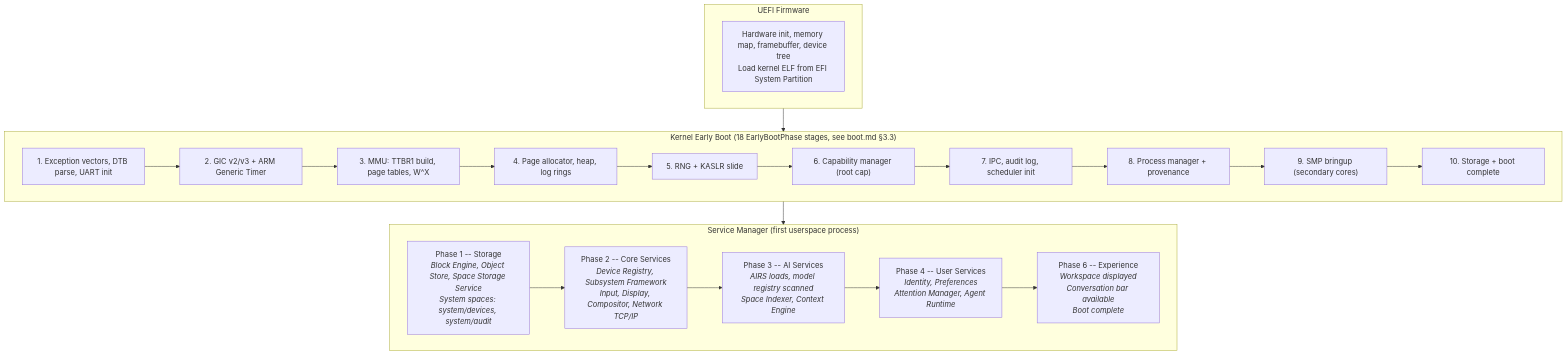
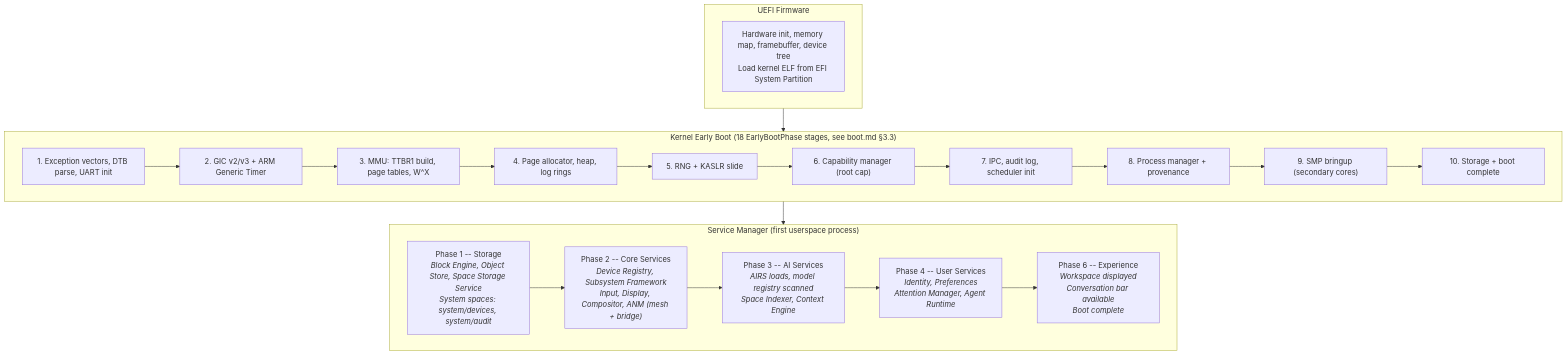
One commit to juslee/aios changed the seventh of 7 diagrams in docs/project/architecture.md. Above: the diagram before and after it, drawn with Mermaid. The commit also changed other lines of this file and 74 other files, not shown here.

First line of the commit message:
ANM: AI Network Model — replace OSI with mesh-native networking (#139)

````diff
--- a/docs/project/architecture.md
+++ b/docs/project/architecture.md
@@ -1403,45 +1410,45 @@
 ```mermaid
 flowchart TD
     subgraph UEFI["UEFI Firmware"]
         FW["`Hardware init, memory map, framebuffer, device tree
 Load kernel ELF from EFI System Partition`"]
     end
 
     subgraph KBOOT["Kernel Early Boot (18 EarlyBootPhase stages, see boot.md &sect;3.3)"]
         direction LR
         K1["1. Exception vectors, DTB parse, UART init"]
         K2["2. GIC v2/v3 + ARM Generic Timer"]
         K3["3. MMU: TTBR1 build, page tables, W^X"]
         K4["4. Page allocator, heap, log rings"]
         K5["5. RNG + KASLR slide"]
         K6["6. Capability manager (root cap)"]
         K7["7. IPC, audit log, scheduler init"]
         K8["8. Process manager + provenance"]
         K9["9. SMP bringup (secondary cores)"]
         K10["10. Storage + boot complete"]
         K1 --> K2 --> K3 --> K4 --> K5 --> K6 --> K7 --> K8 --> K9 --> K10
     end
 
     subgraph SVCMGR["Service Manager (first userspace process)"]
         direction LR
         P1["`Phase 1 -- Storage
 *Block Engine, Object Store, Space Storage Service
 System spaces: system/devices, system/audit*`"]
         P2["`Phase 2 -- Core Services
 *Device Registry, Subsystem Framework
-Input, Display, Compositor, Network TCP/IP*`"]
+Input, Display, Compositor, ANM (mesh + bridge)*`"]
         P3["`Phase 3 -- AI Services
 *AIRS loads, model registry scanned
 Space Indexer, Context Engine*`"]
         P4["`Phase 4 -- User Services
 *Identity, Preferences
 Attention Manager, Agent Runtime*`"]
         P5["`Phase 6 -- Experience
 *Workspace displayed
 Conversation bar available
 Boot complete*`"]
         P1 --> P2 --> P3 --> P4 --> P5
     end
 
     UEFI --> KBOOT --> SVCMGR
 ```
````
